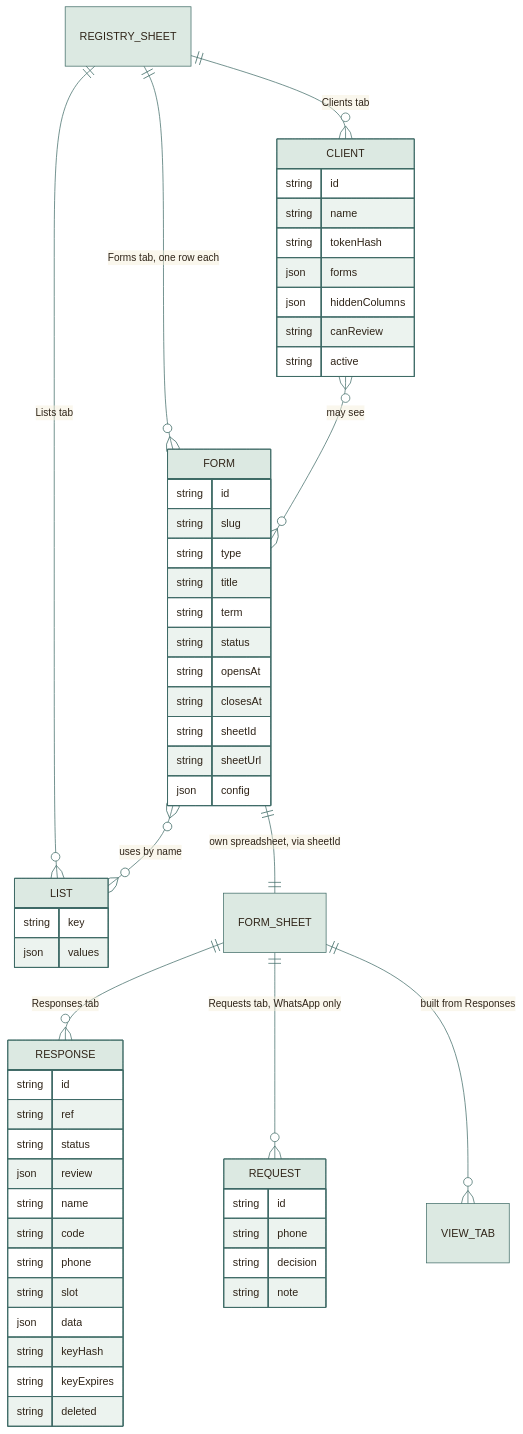
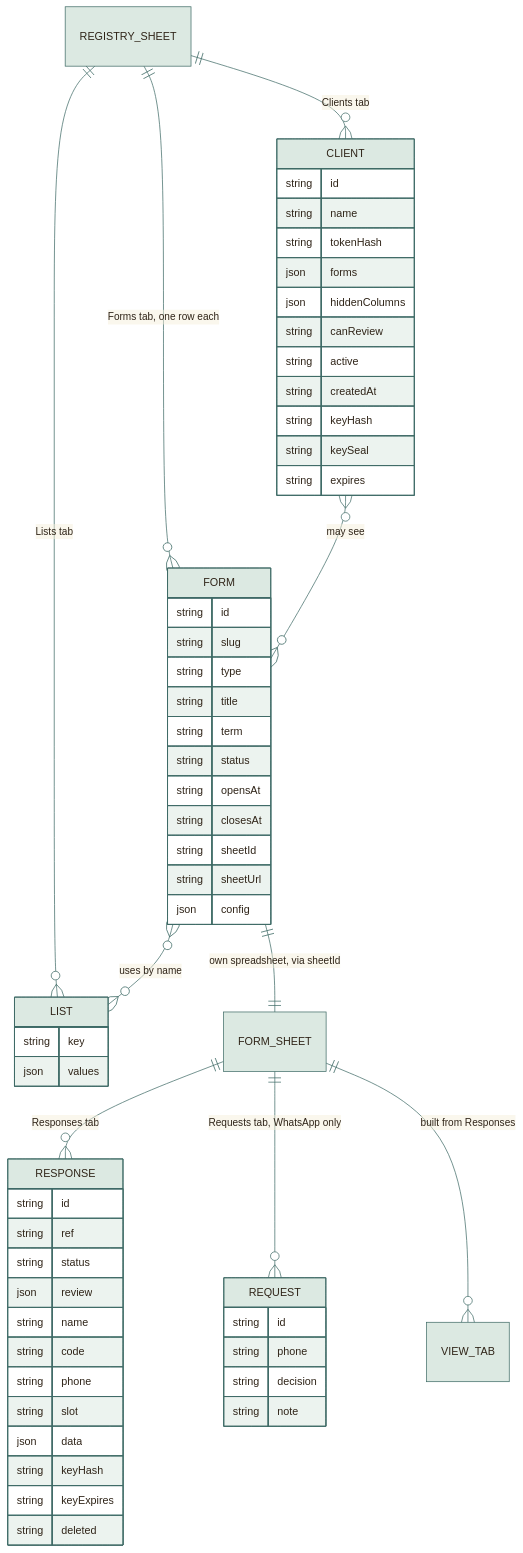
One commit to moyeh04/forms-platform changed the diagram in docs/reference/DATA-MODEL.md. Above: the diagram before and after it, drawn with Mermaid. The commit also changed other lines of this file and 6 other files, not shown here.

```diff
--- a/docs/reference/DATA-MODEL.md
+++ b/docs/reference/DATA-MODEL.md
@@ -74,6 +74,10 @@
         json hiddenColumns
         string canReview
         string active
+        string createdAt
+        string keyHash
+        string keySeal
+        string expires
     }
     REQUEST {
         string id
```
